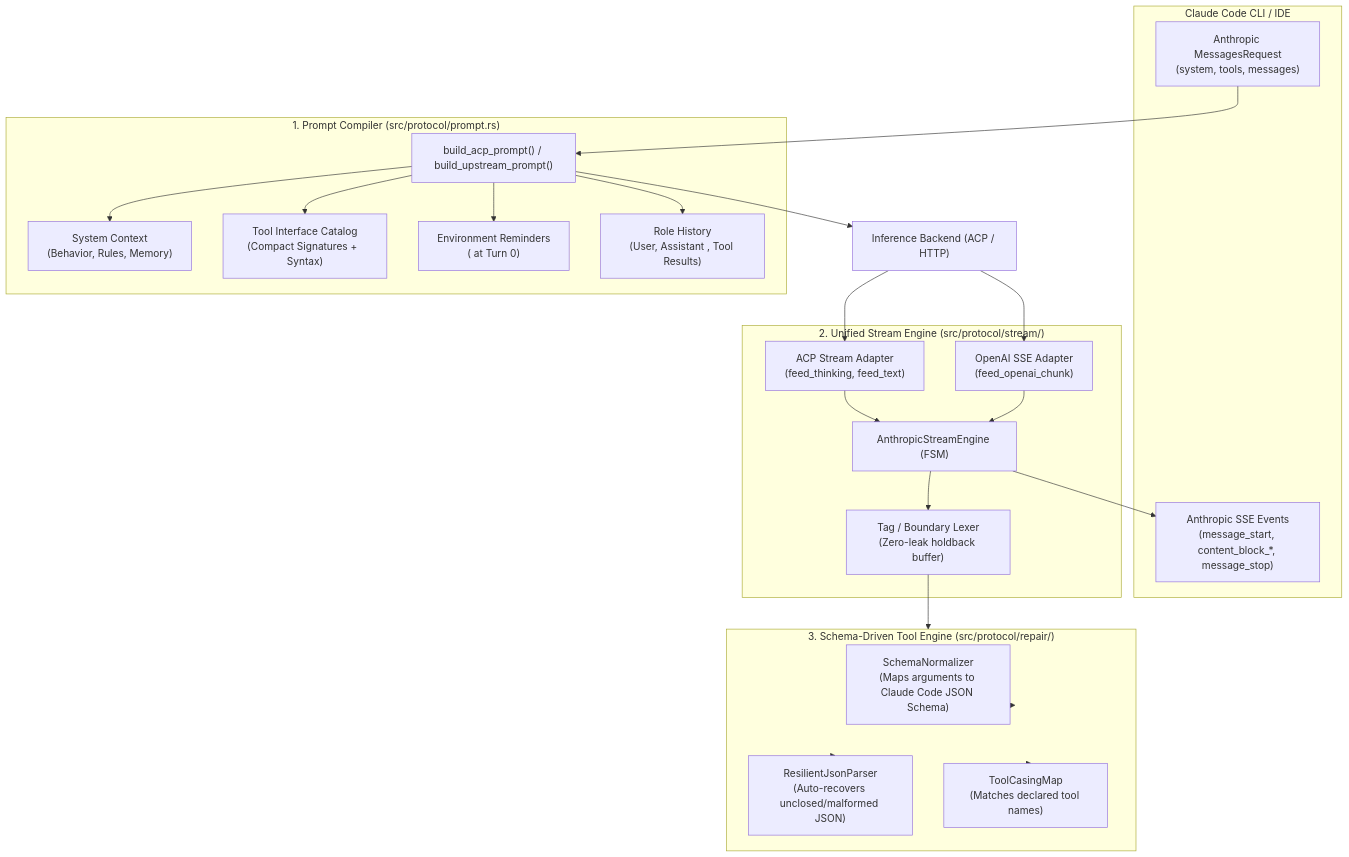
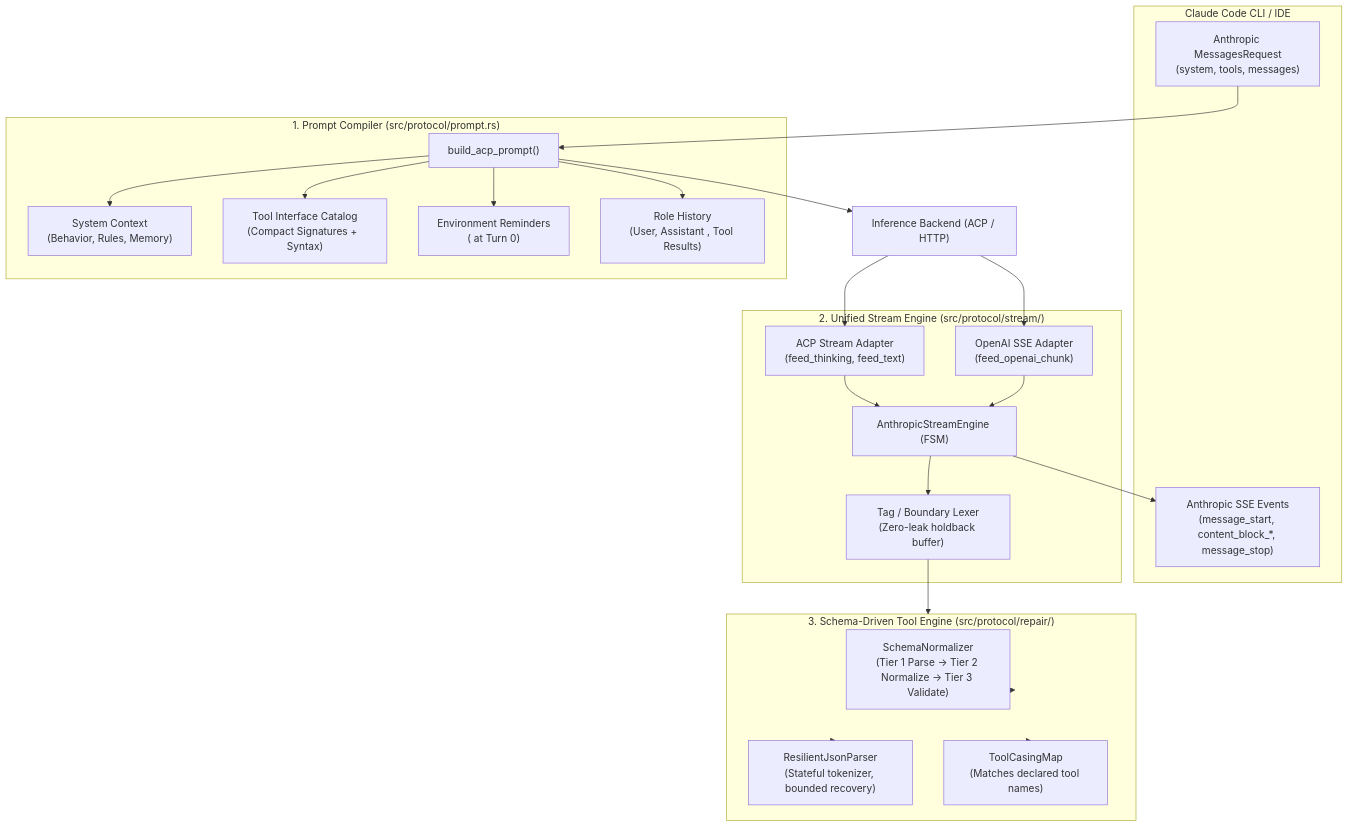
The first of 2 diagrams in docs/superpowers/specs/2026-10-20-unified-state-machine-and-schema-engine-design.md (nmhuei/lily2claude), drawn with Mermaid before and after one commit. The commit also changed other lines of this file, not shown here.

Commit message:
docs(spec): update design spec with formal FSM transition table, 3-tier normalization, and 19-point DoD

````diff
--- a/docs/superpowers/specs/2026-10-20-unified-state-machine-and-schema-engine-design.md
+++ b/docs/superpowers/specs/2026-10-20-unified-state-machine-and-schema-engine-design.md
@@ -35,39 +35,39 @@
 ```mermaid
 flowchart TD
     subgraph ClaudeCode["Claude Code CLI / IDE"]
         Req["Anthropic MessagesRequest\n(system, tools, messages)"]
         SSE["Anthropic SSE Events\n(message_start, content_block_*, message_stop)"]
     end
 
     subgraph PromptCompilation["1. Prompt Compiler (src/protocol/prompt.rs)"]
-        Compiler["build_acp_prompt() / build_upstream_prompt()"]
+        Compiler["build_acp_prompt()"]
         SysContext["System Context\n(Behavior, Rules, Memory)"]
         ToolCatalog["Tool Interface Catalog\n(Compact Signatures + <tool_call> Syntax)"]
         EnvReminder["Environment Reminders\n(<system-reminder> at Turn 0)"]
         HistFormat["Role History\n(User, Assistant <tool_call>, Tool Results)"]
     end
 
     subgraph StreamEngine["2. Unified Stream Engine (src/protocol/stream/)"]
         CoreEngine["AnthropicStreamEngine (FSM)"]
         ACPAdapter["ACP Stream Adapter\n(feed_thinking, feed_text)"]
         OpenAIAdapter["OpenAI SSE Adapter\n(feed_openai_chunk)"]
         ByteLexer["Tag / Boundary Lexer\n(Zero-leak holdback buffer)"]
     end
 
     subgraph ToolEngine["3. Schema-Driven Tool Engine (src/protocol/repair/)"]
-        Normalizer["SchemaNormalizer\n(Maps arguments to Claude Code JSON Schema)"]
-        JsonParser["ResilientJsonParser\n(Auto-recovers unclosed/malformed JSON)"]
+        Normalizer["SchemaNormalizer\n(Tier 1 Parse -> Tier 2 Normalize -> Tier 3 Validate)"]
+        JsonParser["ResilientJsonParser\n(Stateful tokenizer, bounded recovery)"]
         CasingResolver["ToolCasingMap\n(Matches declared tool names)"]
     end
 
     Req --> Compiler
     Compiler --> SysContext & ToolCatalog & EnvReminder & HistFormat
     Compiler --> InferenceBackend["Inference Backend (ACP / HTTP)"]
     
     InferenceBackend --> ACPAdapter & OpenAIAdapter
     ACPAdapter & OpenAIAdapter --> CoreEngine
     CoreEngine --> ByteLexer
     ByteLexer --> ToolEngine
     ToolEngine --> Normalizer & JsonParser & CasingResolver
     CoreEngine --> SSE
 ```
````
